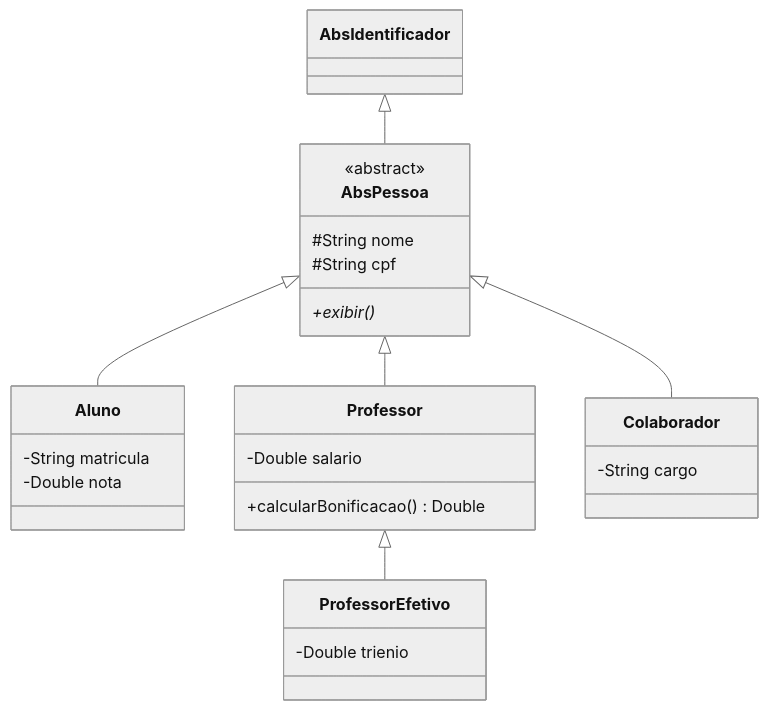
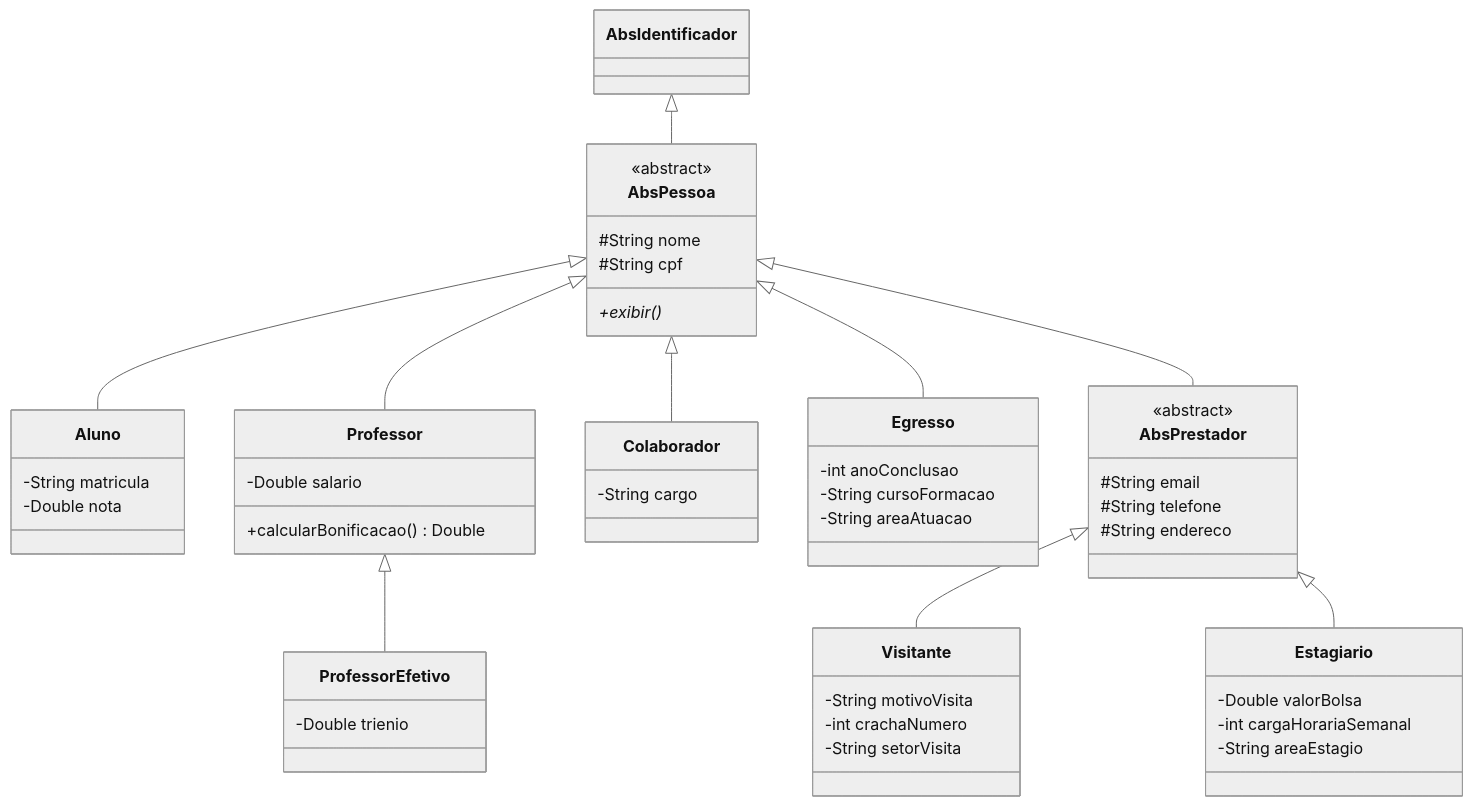
Before and after one commit to oimanum/Projeto---TechAcademy: the diagram in README.md, drawn with Mermaid (neutral theme). The commit also changed other lines of this file and 45 other files, not shown here.

First line of the commit message:
V1.2 - TechAcademy: Egresso, prestadores (Visitante e Estagiario), testes e VisitanteMenu

````diff
--- a/README.md
+++ b/README.md
@@ -22,29 +33,54 @@
 ```mermaid
 classDiagram
     AbsIdentificador <|-- AbsPessoa
     AbsPessoa <|-- Aluno
     AbsPessoa <|-- Professor
     AbsPessoa <|-- Colaborador
+    AbsPessoa <|-- Egresso
+    AbsPessoa <|-- AbsPrestador
     Professor <|-- ProfessorEfetivo
+    AbsPrestador <|-- Visitante
+    AbsPrestador <|-- Estagiario
 
     class AbsPessoa {
         <<abstract>>
         #String nome
         #String cpf
         +exibir()*
+    }
+    class AbsPrestador {
+        <<abstract>>
+        #String email
+        #String telefone
+        #String endereco
+    }
+    class Egresso {
+        -int anoConclusao
+        -String cursoFormacao
+        -String areaAtuacao
+    }
+    class Visitante {
+        -String motivoVisita
+        -int crachaNumero
+        -String setorVisita
+    }
+    class Estagiario {
+        -Double valorBolsa
+        -int cargaHorariaSemanal
+        -String areaEstagio
     }
     class Aluno {
         -String matricula
         -Double nota
     }
     class Professor {
         -Double salario
         +calcularBonificacao() Double
     }
     class ProfessorEfetivo {
         -Double trienio
     }
     class Colaborador {
         -String cargo
     }
 ```
````
